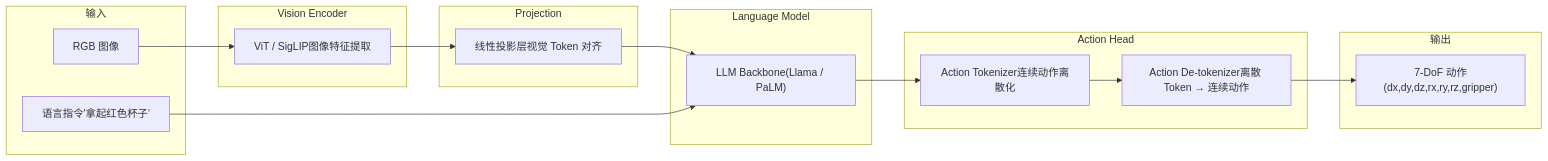
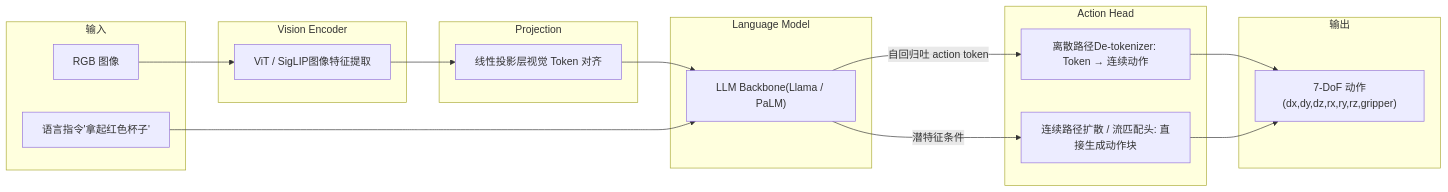
One commit to ranpin/edge-ai-docs changed the second of 8 diagrams in robot/general/algorithms.md. Above: the diagram before and after it, drawn with Mermaid. The commit also changed other lines of this file and 4 other files, not shown here.

````diff
--- a/robot/general/algorithms.md
+++ b/robot/general/algorithms.md
@@ -74,32 +83,33 @@
 ```mermaid
 graph LR
     subgraph 输入
         IMG["RGB 图像"]
         LANG["语言指令'拿起红色杯子'"]
     end
 
     subgraph Vision Encoder
         VE["ViT / SigLIP图像特征提取"]
     end
 
     subgraph Projection
         PROJ["线性投影层视觉 Token 对齐"]
     end
 
     subgraph Language Model
         LM["LLM Backbone(Llama / PaLM)"]
     end
 
     subgraph Action Head
-        AT["Action Tokenizer连续动作离散化"]
-        AD["Action De-tokenizer离散 Token → 连续动作"]
+        AD["离散路径De-tokenizer: Token → 连续动作"]
+        DH["连续路径扩散 / 流匹配头: 直接生成动作块"]
     end
 
     subgraph 输出
         ACT["7-DoF 动作(dx,dy,dz,rx,ry,rz,gripper)"]
     end
 
     IMG --> VE --> PROJ --> LM
     LANG --> LM
-    LM --> AT --> AD --> ACT
+    LM -->|"自回归吐 action token"| AD --> ACT
+    LM -->|"潜特征条件"| DH --> ACT
 ```
````
